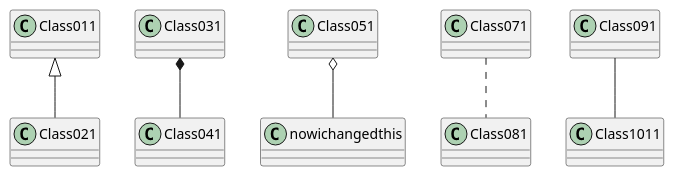
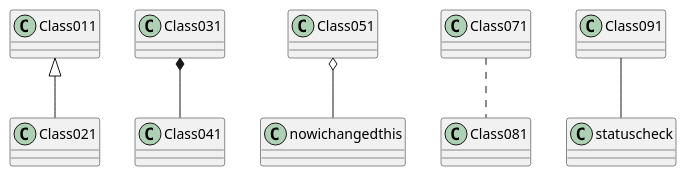
The diagram in meilenstein_03/sub/pumltest2.puml (weichware10/meilensteine), drawn with PlantUML before and after one commit.

Commit message:
statuscheck?

```diff
--- a/meilenstein_03/sub/pumltest2.puml
+++ b/meilenstein_03/sub/pumltest2.puml
@@ -1,7 +1,7 @@
 @startuml test
 Class011 <|-- Class021
 Class031 *-- Class041
 Class051 o-- nowichangedthis
 Class071 .. Class081
-Class091 -- Class1011
+Class091 -- statuscheck
 @enduml
```
